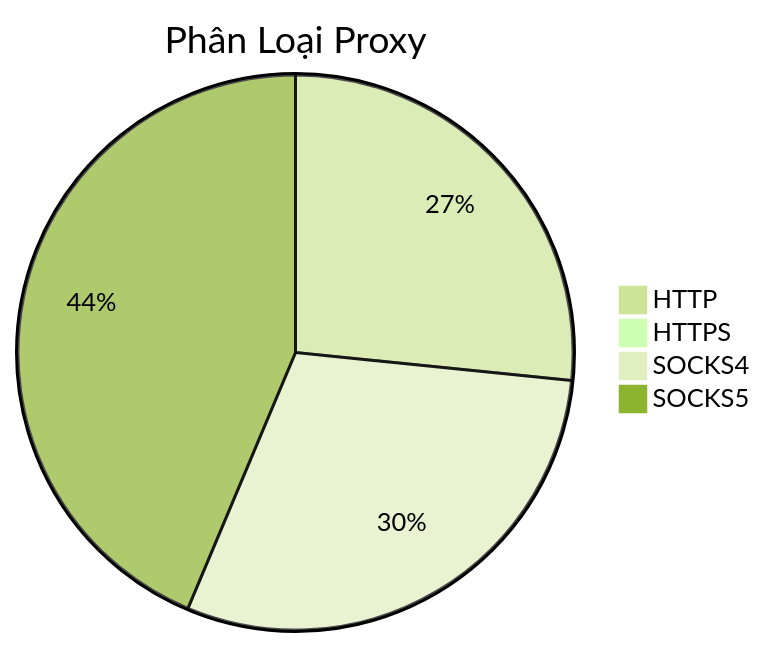
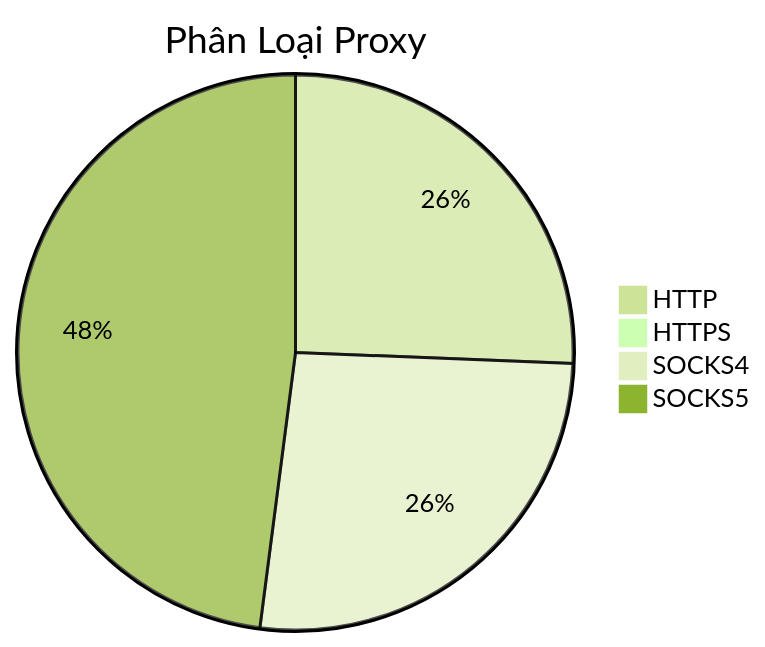
Before and after one commit to Ciara-12/PROXY-free: the diagram in README.md, drawn with Mermaid (forest theme). The commit also changed other lines of this file and 4 other files, not shown here.

````diff
--- a/README.md
+++ b/README.md
@@ -26,7 +26,7 @@
 ```mermaid
 pie title Phân Loại Proxy
-    "HTTP" : 273
-    "HTTPS" : 0
-    "SOCKS4" : 305
-    "SOCKS5" : 448
+    "HTTP" : 294
+    "HTTPS" : 2
+    "SOCKS4" : 303
+    "SOCKS5" : 550
 ```
````
